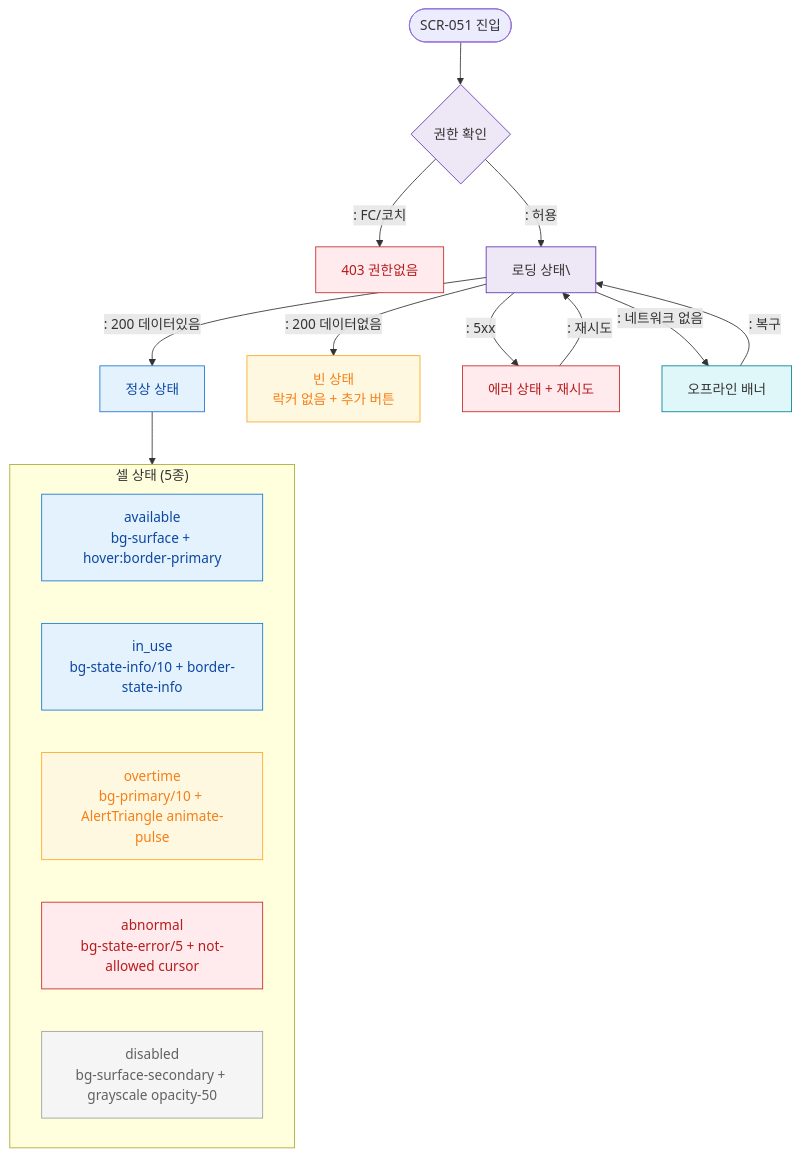
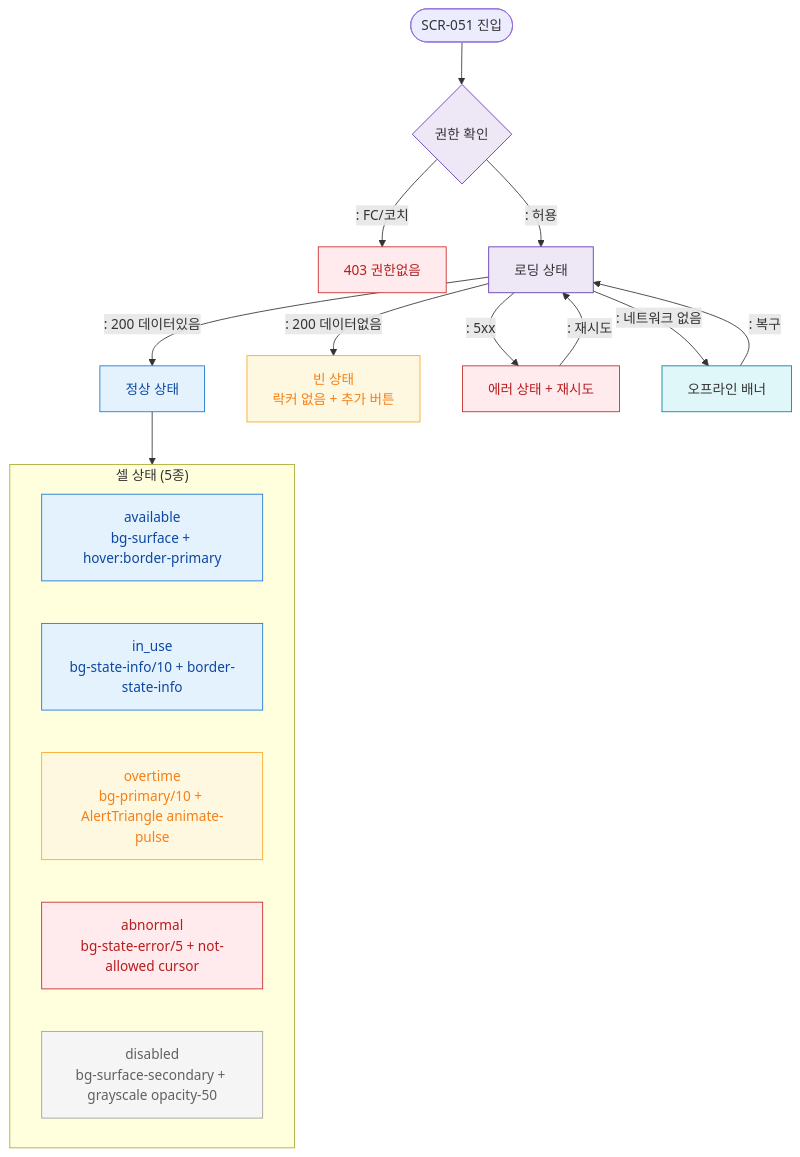
Before and after one commit to dev-spogym/admin-pando: the diagram in docs/admin/다이어그램/D06_시설관리/SCR-051_사물함배정관리/F6_상태별.md, drawn with Mermaid. The commit also changed 369 other files, not shown here.

````diff
--- a/docs/admin/다이어그램/D06_시설관리/SCR-051_사물함배정관리/F6_상태별.md
+++ b/docs/admin/다이어그램/D06_시설관리/SCR-051_사물함배정관리/F6_상태별.md
@@ -17,38 +17,38 @@
 ```mermaid
 flowchart TD
     Entry([SCR-051 진입]) --> Auth{권한 확인}
     Auth -->|": FC/코치"|Blocked[403 권한없음]
-    Auth -->|": 허용"|Loading[로딩 상태\]
+    Auth -->|": 허용"|Loading[로딩 상태]
 
     Loading -->|": 200 데이터있음"|Normal[정상 상태]
     Loading -->|": 200 데이터없음"|Empty[빈 상태\n락커 없음 + 추가 버튼]
     Loading -->|": 5xx"|ErrorState[에러 상태 + 재시도]
     Loading -->|": 네트워크 없음"|Offline[오프라인 배너]
 
     ErrorState -->|": 재시도"|Loading
     Offline -->|": 복구"|Loading
 
     subgraph CellStates["셀 상태 (5종)"]
         CS1[available\nbg-surface + hover:border-primary]
         CS2[in_use\nbg-state-info/10 + border-state-info]
         CS3[overtime\nbg-primary/10 + AlertTriangle animate-pulse]
         CS4[abnormal\nbg-state-error/5 + not-allowed cursor]
         CS5[disabled\nbg-surface-secondary + grayscale opacity-50]
     end
 
     Normal --> CellStates
 
     classDef screen fill:#E3F2FD,stroke:#1976D2,color:#0D47A1
     classDef error fill:#FFEBEE,stroke:#C62828,color:#B71C1C
     classDef warning fill:#FFF8E1,stroke:#F9A825,color:#F57F17
     classDef system fill:#EDE7F6,stroke:#5E35B2
     classDef rbacBlocked fill:#F5F5F5,stroke:#9E9E9E,color:#616161
     classDef info fill:#E0F7FA,stroke:#00838F
 
     class Normal,CS1,CS2 screen
     class Blocked,ErrorState,CS4 error
     class CS3,Empty warning
     class CS5 rbacBlocked
     class Loading,Auth system
     class Offline info
 ```
````
